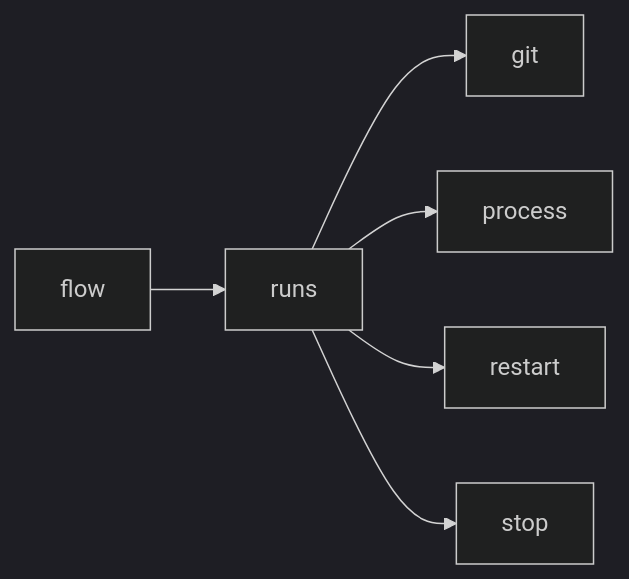
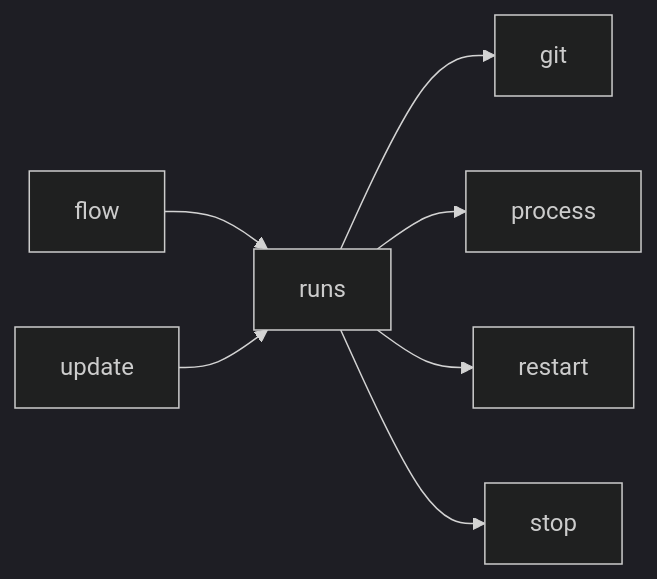
The third of 3 diagrams in docs/architecture/modules/runs.md (plaplanche/ariane), drawn with Mermaid (dark theme) before and after one commit. The commit also changed 33 other files, not shown here.

````diff
--- a/docs/architecture/modules/runs.md
+++ b/docs/architecture/modules/runs.md
@@ -83,8 +83,9 @@
 ```mermaid
 flowchart LR
   flow --> runs
   runs --> git
   runs --> process
   runs --> restart
   runs --> stop
+  update --> runs
 ```
````
